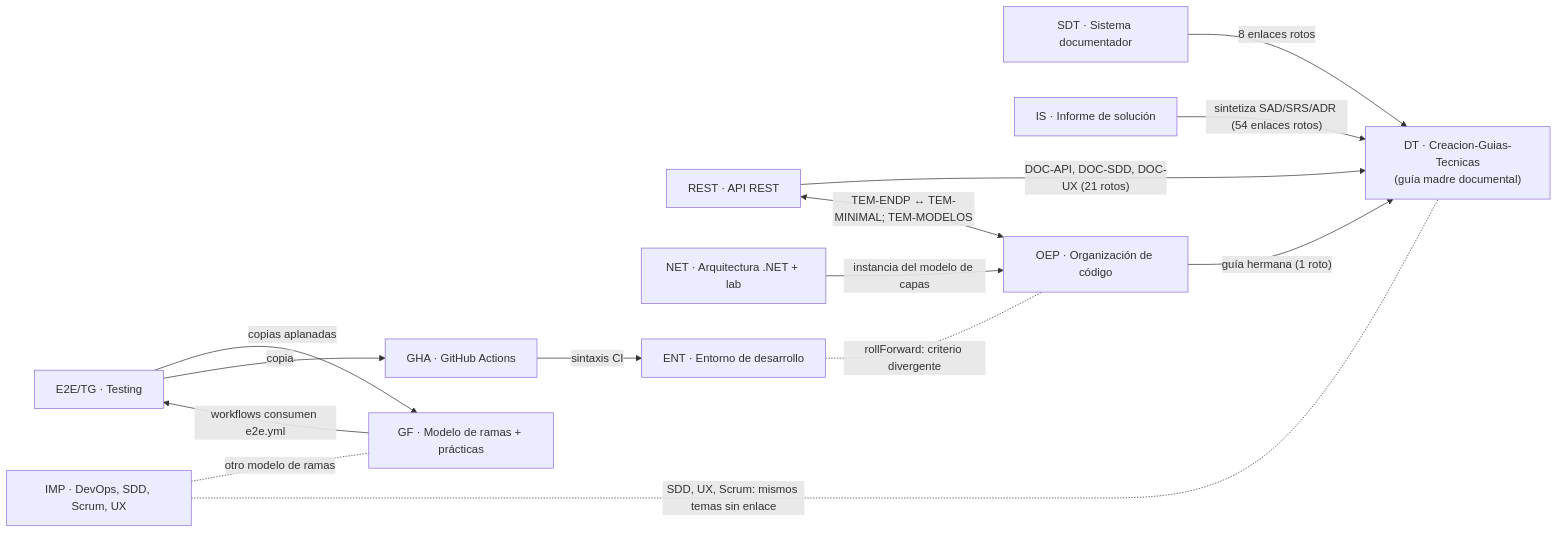
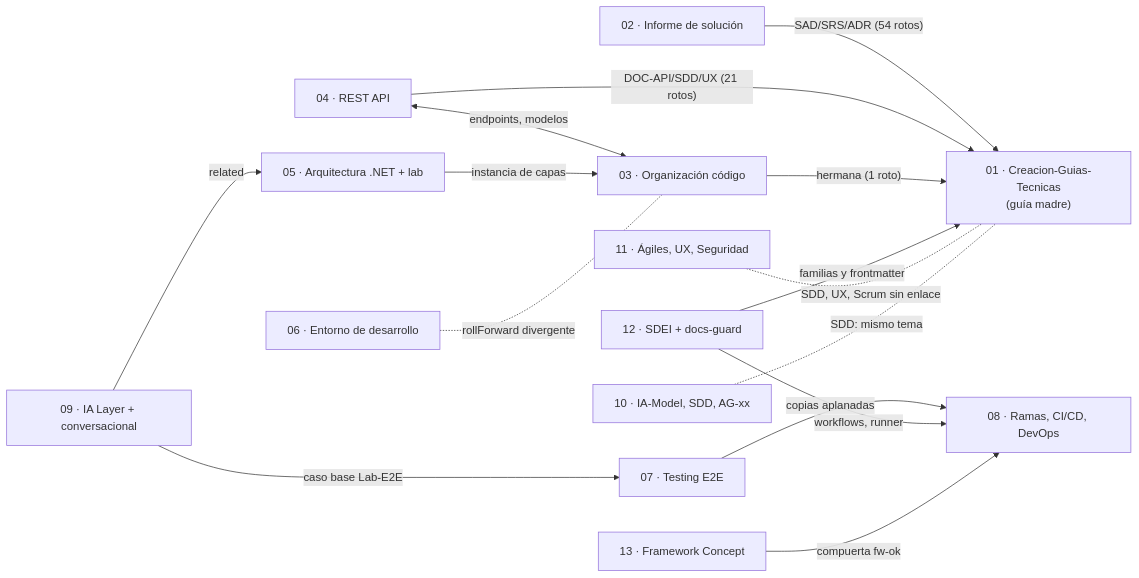
The diagram in ia-db/indexes/00_MASTER-INDEX.md (hdcm-dev/Lab-Documentos.Documentacion), drawn with Mermaid before and after one commit. The commit also changed other lines of this file and 20 other files, not shown here.

````diff
--- a/ia-db/indexes/00_MASTER-INDEX.md
+++ b/ia-db/indexes/00_MASTER-INDEX.md
@@ -144,27 +138,30 @@
 ```mermaid
 flowchart LR
-  DT["DT · Creacion-Guias-Tecnicas<br/>(guía madre documental)"]
-  SDT["SDT · Sistema documentador"]
-  IS["IS · Informe de solución"]
-  OEP["OEP · Organización de código"]
-  REST["REST · API REST"]
-  NET["NET · Arquitectura .NET + lab"]
-  ENT["ENT · Entorno de desarrollo"]
-  E2E["E2E/TG · Testing"]
-  GF["GF · Modelo de ramas + prácticas"]
-  GHA["GHA · GitHub Actions"]
-  IMP["IMP · DevOps, SDD, Scrum, UX"]
-  IS -- "sintetiza SAD/SRS/ADR (54 enlaces rotos)" --> DT
-  REST -- "DOC-API, DOC-SDD, DOC-UX (21 rotos)" --> DT
-  OEP -- "guía hermana (1 roto)" --> DT
-  SDT -- "8 enlaces rotos" --> DT
-  REST <-- "TEM-ENDP ↔ TEM-MINIMAL; TEM-MODELOS" --> OEP
-  NET -- "instancia del modelo de capas" --> OEP
-  ENT -. "rollForward: criterio divergente" .- OEP
+  DT["01 · Creacion-Guias-Tecnicas<br/>(guía madre)"]
+  SDEI["12 · SDEI + docs-guard"]
+  IS["02 · Informe de solución"]
+  OEP["03 · Organización código"]
+  REST["04 · REST API"]
+  NET["05 · Arquitectura .NET + lab"]
+  ENT["06 · Entorno de desarrollo"]
+  E2E["07 · Testing E2E"]
+  GF["08 · Ramas, CI/CD, DevOps"]
+  IAL["09 · IA Layer + conversacional"]
+  IAM["10 · IA-Model, SDD, AG-xx"]
+  AUX["11 · Ágiles, UX, Seguridad"]
+  FC["13 · Framework Concept"]
+  IS -- "SAD/SRS/ADR (54 rotos)" --> DT
+  REST -- "DOC-API/SDD/UX (21 rotos)" --> DT
+  OEP -- "hermana (1 roto)" --> DT
+  SDEI -- "familias y frontmatter" --> DT
+  REST <-- "endpoints, modelos" --> OEP
+  NET -- "instancia de capas" --> OEP
+  ENT -. "rollForward divergente" .- OEP
   E2E -- "copias aplanadas" --> GF
-  E2E -- "copia" --> GHA
-  GF -- "workflows consumen e2e.yml" --> E2E
-  GHA -- "sintaxis CI" --> ENT
-  IMP -. "otro modelo de ramas" .- GF
-  IMP -. "SDD, UX, Scrum: mismos temas sin enlace" .- DT
+  IAL -- "related" --> NET
+  IAL -- "caso base Lab-E2E" --> E2E
+  SDEI -- "workflows, runner" --> GF
+  FC -- "compuerta fw-ok" --> GF
+  AUX -. "SDD, UX, Scrum sin enlace" .- DT
+  IAM -. "SDD: mismo tema" .- DT
 ```
````
